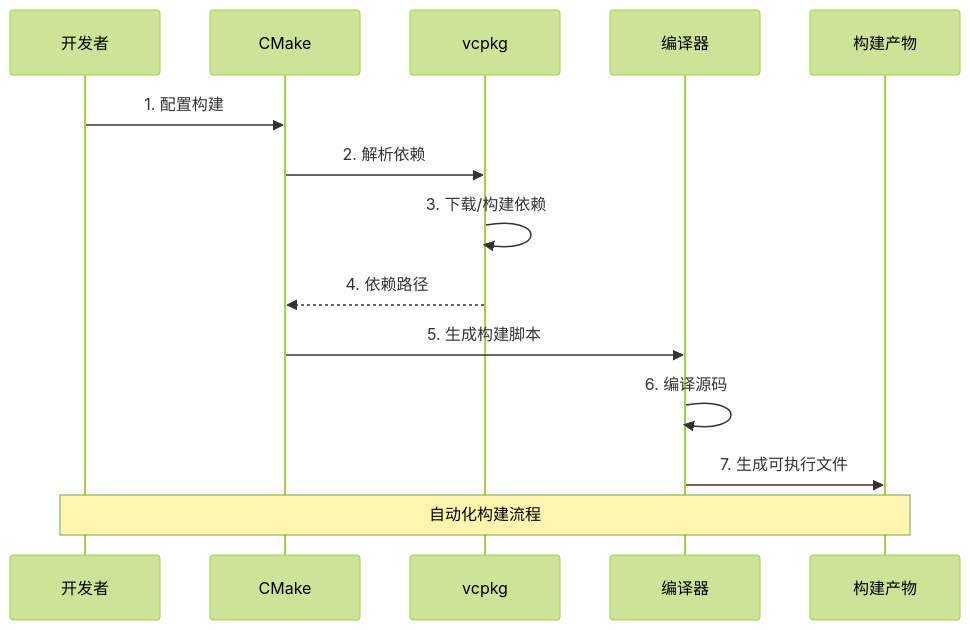
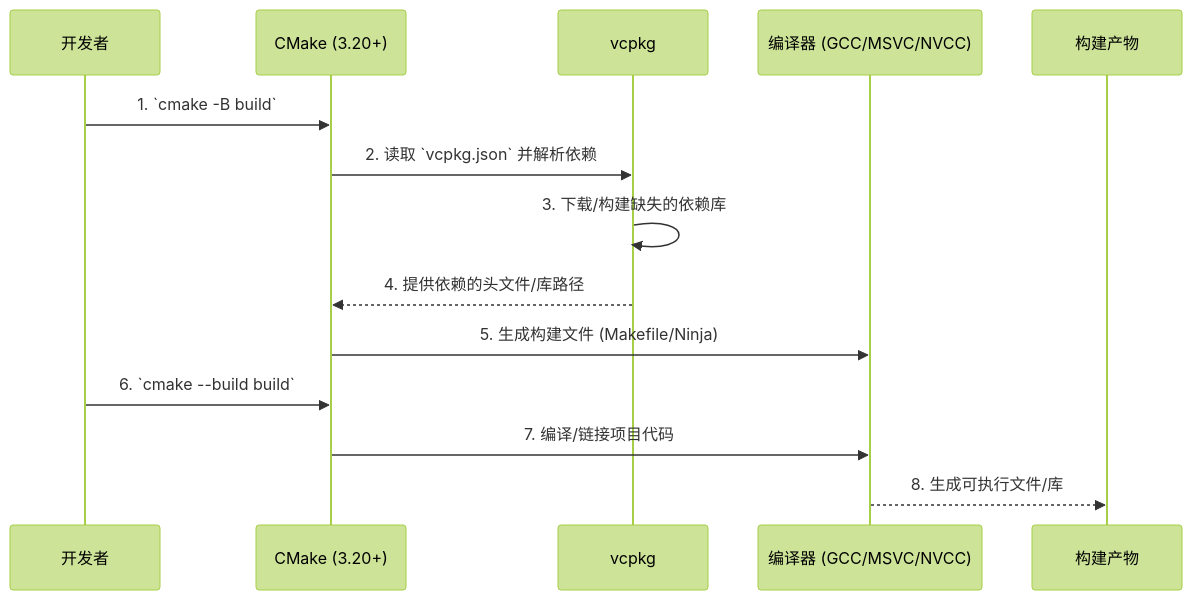
Before and after one commit to wendizhou99-cell/Radar: the third of 3 diagrams in docs/01_项目设计/01_项目设计/02_技术选型与平台.md, drawn with Mermaid (forest theme). The commit also changed other lines of this file and 27 other files, not shown here.

````diff
--- a/docs/01_项目设计/01_项目设计/02_技术选型与平台.md
+++ b/docs/01_项目设计/01_项目设计/02_技术选型与平台.md
@@ -322,18 +151,17 @@
 ```mermaid
 sequenceDiagram
     participant Dev as 开发者
-    participant CMake as CMake
+    participant CMake as CMake (3.20+)
     participant Vcpkg as vcpkg
-    participant Compiler as 编译器
+    participant Compiler as 编译器 (GCC/MSVC/NVCC)
     participant Artifact as 构建产物
 
-    Dev->>CMake: 1. 配置构建
-    CMake->>Vcpkg: 2. 解析依赖
-    Vcpkg->>Vcpkg: 3. 下载/构建依赖
-    Vcpkg-->>CMake: 4. 依赖路径
-    CMake->>Compiler: 5. 生成构建脚本
-    Compiler->>Compiler: 6. 编译源码
-    Compiler->>Artifact: 7. 生成可执行文件
-
-    Note over Dev,Artifact: 自动化构建流程
+    Dev->>CMake: 1. `cmake -B build`
+    CMake->>Vcpkg: 2. 读取 `vcpkg.json` 并解析依赖
+    Vcpkg->>Vcpkg: 3. 下载/构建缺失的依赖库
+    Vcpkg-->>CMake: 4. 提供依赖的头文件/库路径
+    CMake->>Compiler: 5. 生成构建文件 (Makefile/Ninja)
+    Dev->>CMake: 6. `cmake --build build`
+    CMake->>Compiler: 7. 编译/链接项目代码
+    Compiler-->>Artifact: 8. 生成可执行文件/库
 ```
````
